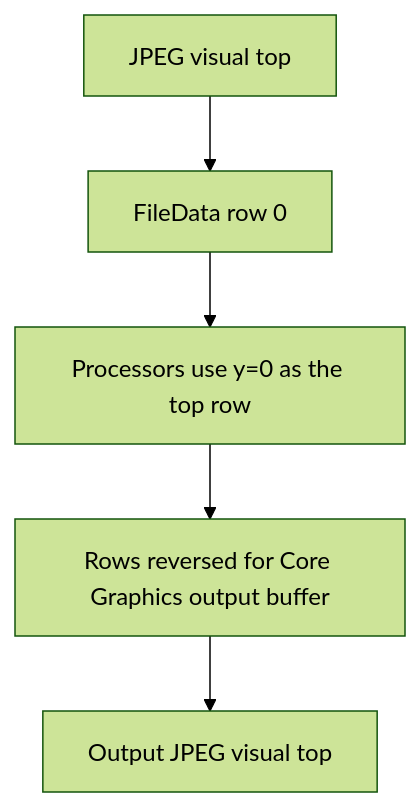
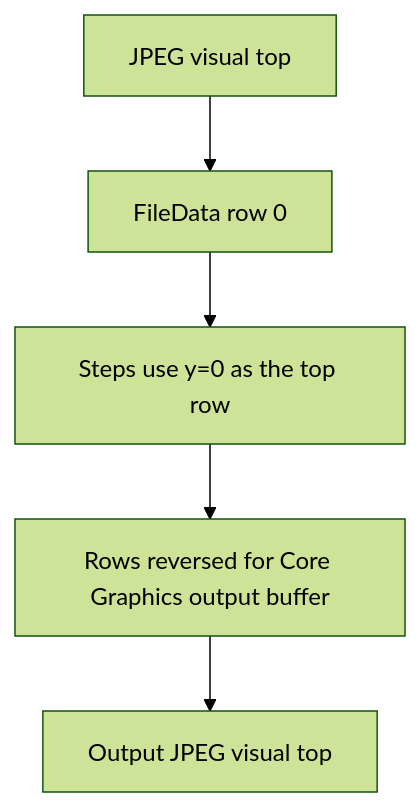
One commit to dotanrs/magritte changed the third of 4 diagrams in src/io/IO.md. Above: the diagram before and after it, drawn with Mermaid (forest theme). The commit also changed other lines of this file and 169 other files, not shown here.

````diff
--- a/src/io/IO.md
+++ b/src/io/IO.md
@@ -115,10 +115,10 @@
 ```mermaid
 flowchart TD
     encodedTop["JPEG visual top"]
     decodedTop["FileData row 0"]
-    processing["Processors use y=0 as the top row"]
+    processing["Steps use y=0 as the top row"]
     reversed["Rows reversed for Core Graphics output buffer"]
     outputTop["Output JPEG visual top"]
 
     encodedTop --> decodedTop --> processing --> reversed --> outputTop
 ```
````
